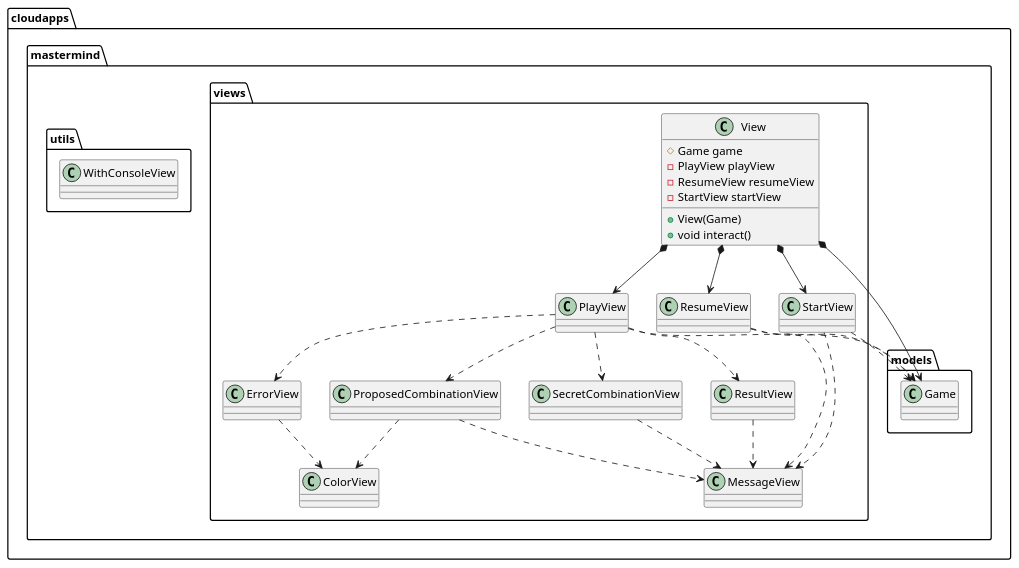
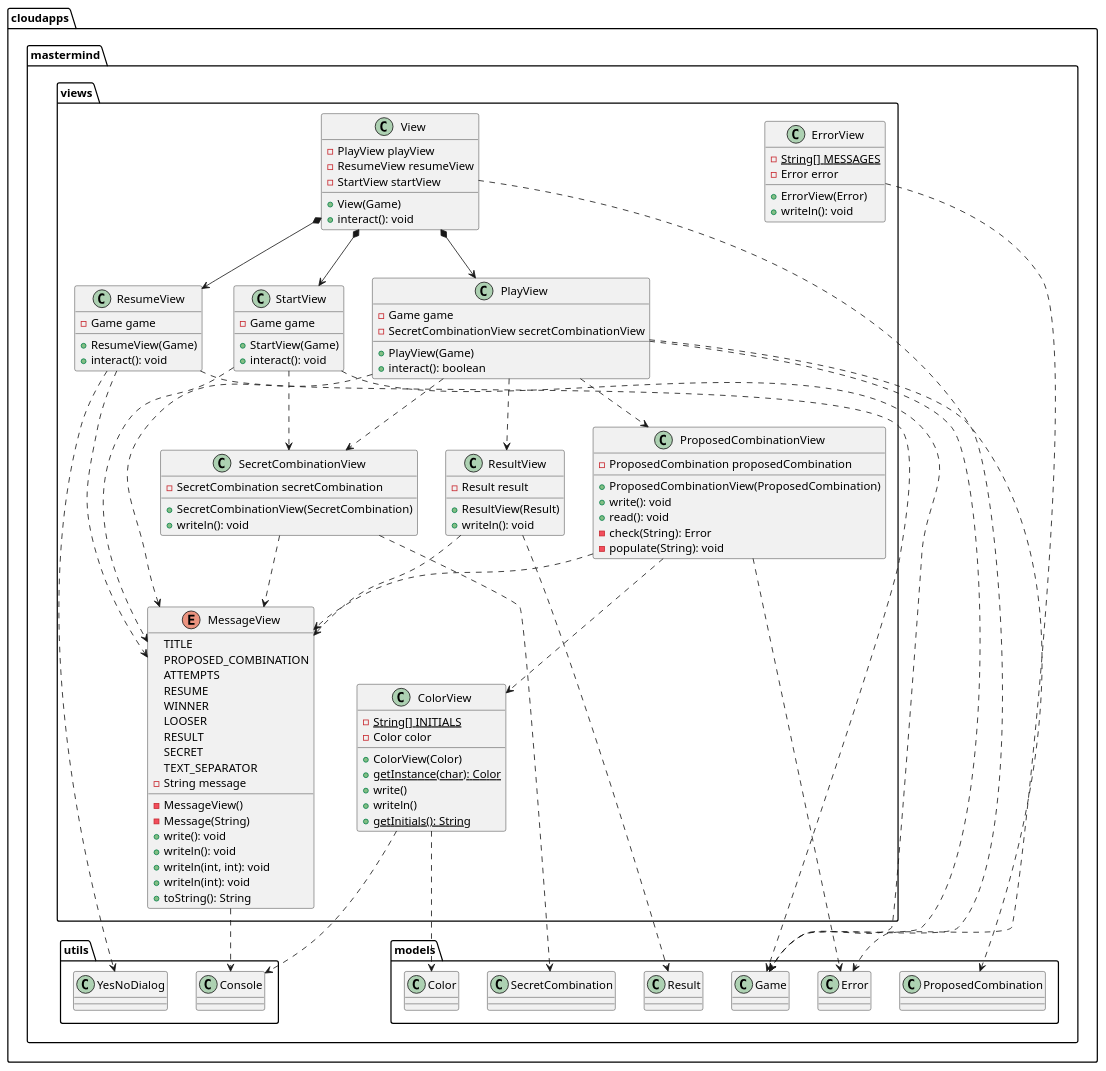
Before and after one commit to david-rojo/cloudApps-masterMind: the diagram in docs/img/plantuml/package-cloudapps-mastermind-views.plantuml, drawn with PlantUML. The commit also changed 24 other files, not shown here.

```diff
--- a/docs/img/plantuml/package-cloudapps-mastermind-views.plantuml
+++ b/docs/img/plantuml/package-cloudapps-mastermind-views.plantuml
@@ -1,68 +1,129 @@
 @startuml Package **cloudapps.mastermind.views**
 
 package "cloudapps.mastermind.views" {
 
   class View {
-    #Game game
     -PlayView playView
     -ResumeView resumeView
     -StartView startView
     +View(Game)
-    +void interact()
+    +interact(): void
   }
   
-  class PlayView {}
+  class StartView {
+    -Game game
+    +StartView(Game)
+    +interact(): void
+  }
   
-  class ResumeView {}
+  class ResumeView {
+    -Game game
+    +ResumeView(Game)
+    +interact(): void
+  }
+
+  class PlayView {
+    -Game game
+    -SecretCombinationView secretCombinationView
+    +PlayView(Game)
+    +interact(): boolean
+
+  }
   
-  class StartView {}
+  enum MessageView {
+    TITLE
+    PROPOSED_COMBINATION
+    ATTEMPTS
+    RESUME
+    WINNER
+    LOOSER
+    RESULT
+    SECRET
+    TEXT_SEPARATOR
+    -String message
+    -MessageView()
+    -Message(String)
+    +write(): void
+    +writeln(): void
+    +writeln(int, int): void
+    +writeln(int): void  
+    +toString(): String
+  }
   
-  class MessageView {}
+  class ColorView {
+    -{static}String[] INITIALS
+    -Color color
+    +ColorView(Color)
+    +{static} getInstance(char): Color
+    +write()
+    +writeln()
+    +{static} getInitials(): String
+  }
   
-  class ColorView {}
+  class ErrorView {
+    -{static}String[] MESSAGES
+    -Error error
+    +ErrorView(Error)
+    +writeln(): void
+  }
   
-  class ErrorView {}
+  class ResultView {
+    -Result result
+    +ResultView(Result)
+    +writeln(): void
+  }
   
-  class ResultView {}
+  class ProposedCombinationView {
+    -ProposedCombination proposedCombination
+    +ProposedCombinationView(ProposedCombination)
+    +write(): void
+    +read(): void
+    -check(String): Error
+    -populate(String): void
+  }
   
-  class ProposedCombinationView {}
-  
-  class SecretCombinationView {}
+  class SecretCombinationView {
+    -SecretCombination secretCombination
+    +SecretCombinationView(SecretCombination)
+    +writeln(): void
+  }
   
   View *--> PlayView
   View *--> StartView
   View *--> ResumeView
-  View *--> cloudapps.mastermind.models.Game
+  View ..> cloudapps.mastermind.models.Game
+  
+  StartView ..> cloudapps.mastermind.models.Game
+  StartView ..> MessageView
+  StartView ..> SecretCombinationView
+    
+  PlayView ..> cloudapps.mastermind.models.Game
+  PlayView ..> cloudapps.mastermind.models.ProposedCombination
+  PlayView ..> SecretCombinationView
+  PlayView ..> ProposedCombinationView
+  PlayView ..> ResultView
+  PlayView ..> MessageView
   
   ResumeView ..> cloudapps.mastermind.models.Game
   ResumeView ..> MessageView
-  
-  StartView ..> cloudapps.mastermind.models.Game
-  StartView ..> MessageView
-  
-  PlayView ..> cloudapps.mastermind.models.Game
-  PlayView ..> SecretCombinationView
-  PlayView ..> ProposedCombinationView
-  PlayView ..> ResultView
-  PlayView ..> ErrorView
+  ResumeView ..> cloudapps.mastermind.utils.YesNoDialog
   
   ProposedCombinationView ..> ColorView
   ProposedCombinationView ..> MessageView
+  ProposedCombinationView ..> cloudapps.mastermind.models.Error
   
   SecretCombinationView ..> MessageView
+  SecretCombinationView ..> cloudapps.mastermind.models.SecretCombination
+  
   ResultView ..> MessageView
+  ResultView ..> cloudapps.mastermind.models.Result
   
-  ErrorView ..> ColorView
-  
-  
-    
+  ErrorView ..> cloudapps.mastermind.models.Error
+
+  ColorView ..> cloudapps.mastermind.models.Color
+  ColorView ..> cloudapps.mastermind.utils.Console
+
+  MessageView ..> cloudapps.mastermind.utils.Console    
 }
 
-package "cloudapps.mastermind.utils" {
-
-  class WithConsoleView {}
-  
-}
-
-
 @enduml
```
